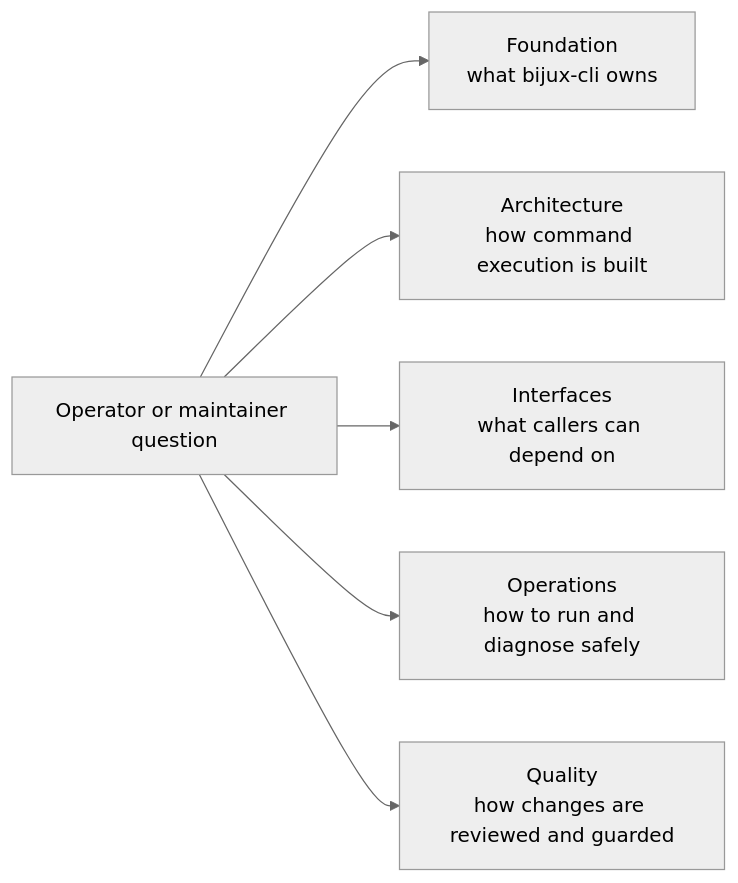
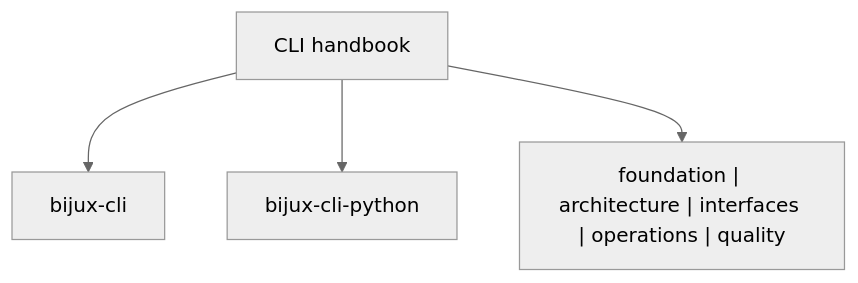
The diagram in docs/bijux-cli/index.md (bijux/bijux-cli), drawn with Mermaid (neutral theme) before and after one commit. The commit also changed other lines of this file and 4 other files, not shown here.

````diff
--- a/docs/bijux-cli/index.md
+++ b/docs/bijux-cli/index.md
@@ -23,8 +28,7 @@
 ```mermaid
-flowchart LR
-    question["Operator or maintainer question"] --> foundation["Foundation\nwhat bijux-cli owns"]
-    question --> architecture["Architecture\nhow command execution is built"]
-    question --> interfaces["Interfaces\nwhat callers can depend on"]
-    question --> operations["Operations\nhow to run and diagnose safely"]
-    question --> quality["Quality\nhow changes are reviewed and guarded"]
+flowchart TB
+    handbook["CLI handbook"]
+    handbook --> runtime["bijux-cli"]
+    handbook --> python["bijux-cli-python"]
+    handbook --> sections["foundation | architecture | interfaces | operations | quality"]
 ```
````
